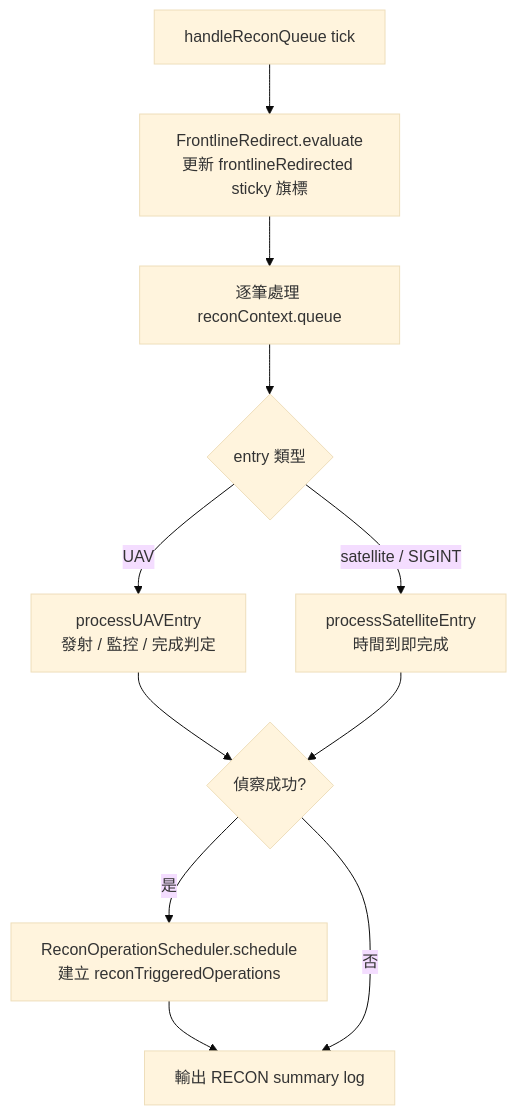
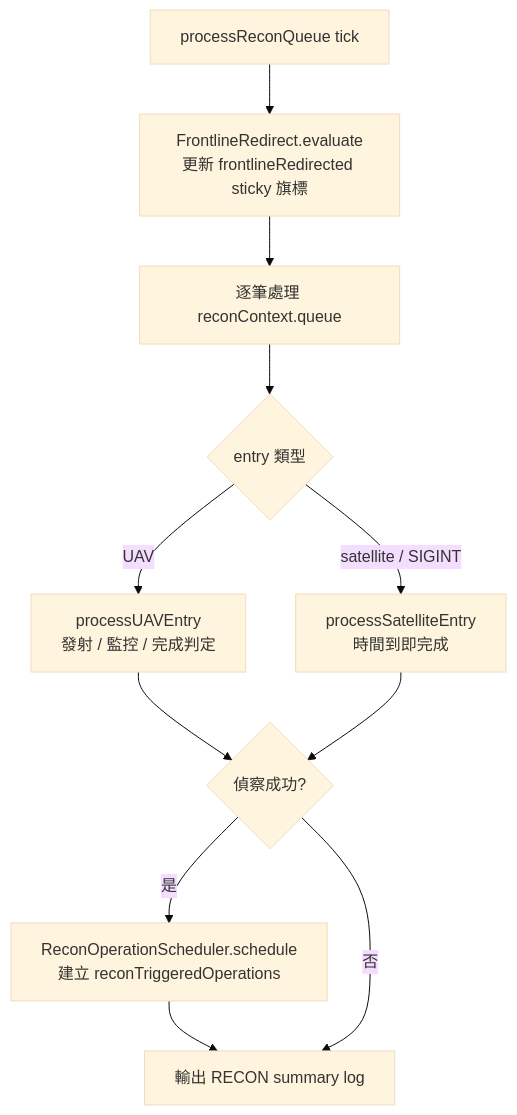
The second of 3 diagrams in docs/strikePlanner/recon.md (pullupjumper/formosa-in-flames), drawn with Mermaid (base theme) before and after one commit. The commit also changed other lines of this file and 10 other files, not shown here.

Commit message:
refactor(strikePlanner): route recon queue through processing context

````diff
--- a/docs/strikePlanner/recon.md
+++ b/docs/strikePlanner/recon.md
@@ -86,18 +86,18 @@
 ```mermaid
 flowchart TD
-    TICK["handleReconQueue tick"]
+    TICK["processReconQueue tick"]
     REDIRECT["FrontlineRedirect.evaluate<br>更新 frontlineRedirected sticky 旗標"]
     LOOP["逐筆處理 reconContext.queue"]
     ENTRY{"entry 類型"}
     UAV["processUAVEntry<br>發射 / 監控 / 完成判定"]
     SAT["processSatelliteEntry<br>時間到即完成"]
     SUCCESS{"偵察成功?"}
     SCHED["ReconOperationScheduler.schedule<br>建立 reconTriggeredOperations"]
     LOG["輸出 RECON summary log"]
 
     TICK --> REDIRECT --> LOOP --> ENTRY
     ENTRY -->|UAV| UAV --> SUCCESS
     ENTRY -->|satellite / SIGINT| SAT --> SUCCESS
     SUCCESS -->|是| SCHED --> LOG
     SUCCESS -->|否| LOG
 ```
````
